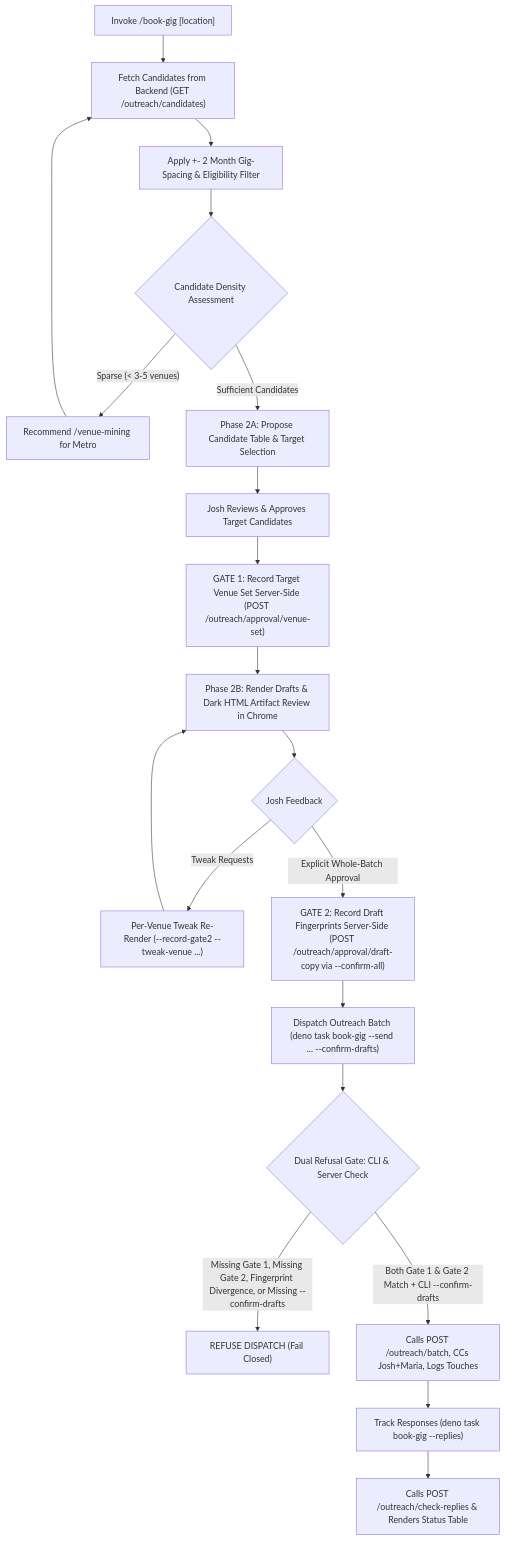
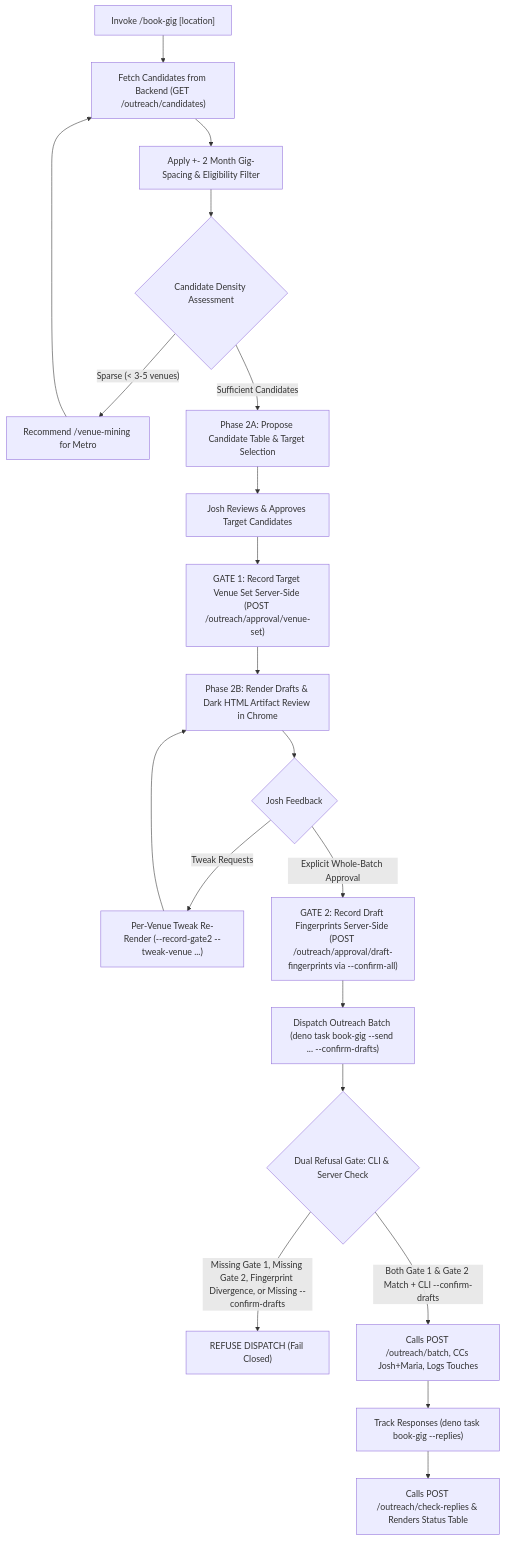
Before and after one commit to WebJamApps/web-jam-tools: the diagram in skills/book-gig/SKILL.md, drawn with Mermaid. The commit also changed other lines of this file and 1 other file, not shown here.

First line of the commit message:
fix(book-gig): name the Gate 2 approval endpoint the client actually calls

````diff
--- a/skills/book-gig/SKILL.md
+++ b/skills/book-gig/SKILL.md
@@ -47,22 +47,22 @@
 ```mermaid
 graph TD
     A["Invoke /book-gig <weekend> [location]"] --> B["Fetch Candidates from Backend (GET /outreach/candidates)"]
     B --> C["Apply +- 2 Month Gig-Spacing & Eligibility Filter"]
     C --> D{"Candidate Density Assessment"}
     D -- "Sparse (< 3-5 venues)" --> E["Recommend /venue-mining for Metro"]
     E --> B
     D -- "Sufficient Candidates" --> F["Phase 2A: Propose Candidate Table & Target Selection"]
     F --> G["Josh Reviews & Approves Target Candidates"]
     G --> G1["GATE 1: Record Target Venue Set Server-Side (POST /outreach/approval/venue-set)"]
     G1 --> H["Phase 2B: Render Drafts & Dark HTML Artifact Review in Chrome"]
     H --> H1{"Josh Feedback"}
     H1 -- "Tweak Requests" --> H2["Per-Venue Tweak Re-Render (--record-gate2 --tweak-venue ...)"]
     H2 --> H
-    H1 -- "Explicit Whole-Batch Approval" --> I["GATE 2: Record Draft Fingerprints Server-Side (POST /outreach/approval/draft-copy via --confirm-all)"]
+    H1 -- "Explicit Whole-Batch Approval" --> I["GATE 2: Record Draft Fingerprints Server-Side (POST /outreach/approval/draft-fingerprints via --confirm-all)"]
     I --> J["Dispatch Outreach Batch (deno task book-gig --send ... --confirm-drafts)"]
     J --> K{"Dual Refusal Gate: CLI & Server Check"}
     K -- "Missing Gate 1, Missing Gate 2, Fingerprint Divergence, or Missing --confirm-drafts" --> K1["REFUSE DISPATCH (Fail Closed)"]
     K -- "Both Gate 1 & Gate 2 Match + CLI --confirm-drafts" --> L["Calls POST /outreach/batch, CCs Josh+Maria, Logs Touches"]
     L --> M["Track Responses (deno task book-gig --replies)"]
     M --> N["Calls POST /outreach/check-replies & Renders Status Table"]
 ```
````
